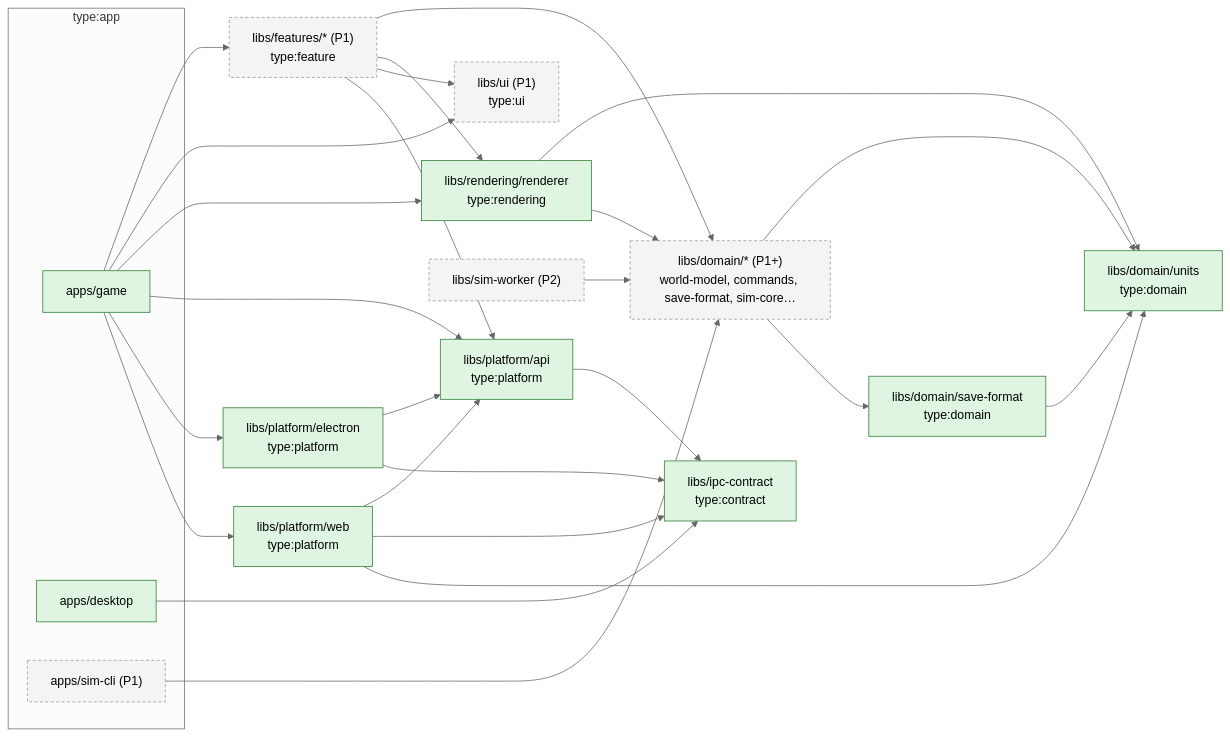
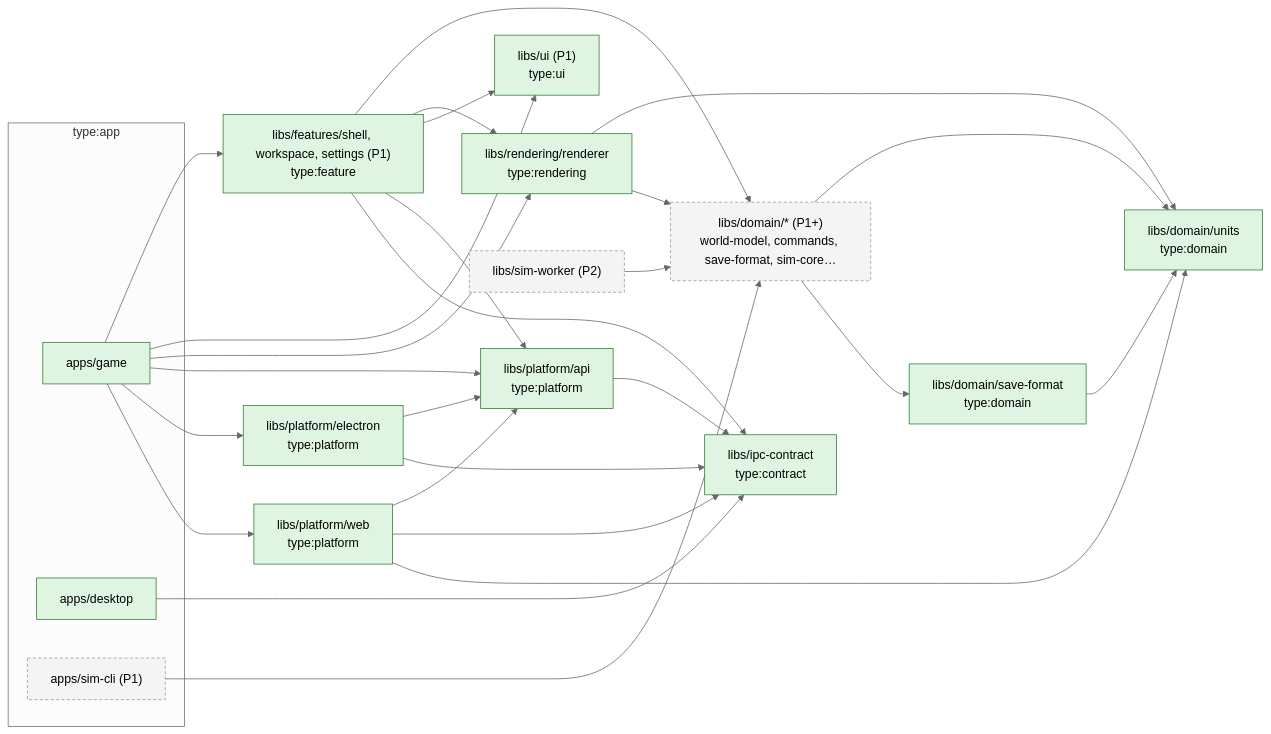
The second of 3 diagrams in docs/architecture/overview.md (joebarbere/controls), drawn with Mermaid (neutral theme) before and after one commit. The commit also changed other lines of this file and 116 other files, not shown here.

First line of the commit message:
feat(shell): F1.1 shell UI, workspace, settings persistence (#5)

````diff
--- a/docs/architecture/overview.md
+++ b/docs/architecture/overview.md
@@ -57,36 +59,36 @@
 ```mermaid
 flowchart LR
     classDef p0 fill:#dff5e1,stroke:#2e7d32;
     classDef later fill:#f4f4f4,stroke:#999,stroke-dasharray: 4 3;
 
     subgraph apps["type:app"]
         GAME["apps/game"]:::p0
         DESK["apps/desktop"]:::p0
         SIMCLI["apps/sim-cli (P1)"]:::later
     end
 
-    FEAT["libs/features/* (P1)<br/>type:feature"]:::later
-    UI["libs/ui (P1)<br/>type:ui"]:::later
+    FEAT["libs/features/shell, workspace, settings (P1)<br/>type:feature"]:::p0
+    UI["libs/ui (P1)<br/>type:ui"]:::p0
     REND["libs/rendering/renderer<br/>type:rendering"]:::p0
     PAPI["libs/platform/api<br/>type:platform"]:::p0
     PEL["libs/platform/electron<br/>type:platform"]:::p0
     PWEB["libs/platform/web<br/>type:platform"]:::p0
     IPC["libs/ipc-contract<br/>type:contract"]:::p0
     UNITS["libs/domain/units<br/>type:domain"]:::p0
     SF["libs/domain/save-format<br/>type:domain"]:::p0
     DOM["libs/domain/* (P1+)<br/>world-model, commands, save-format, sim-core…"]:::later
     WORKER["libs/sim-worker (P2)"]:::later
 
     GAME --> FEAT & UI & REND & PAPI & PEL & PWEB
     DESK --> IPC
     SIMCLI --> DOM
-    FEAT --> DOM & REND & UI & PAPI
+    FEAT --> DOM & REND & UI & PAPI & IPC
     REND --> UNITS & DOM
     PAPI --> IPC
     PEL --> PAPI & IPC
     PWEB --> PAPI & IPC & UNITS
     WORKER --> DOM
     DOM --> UNITS
     SF --> UNITS
     DOM --> SF
 ```
````
